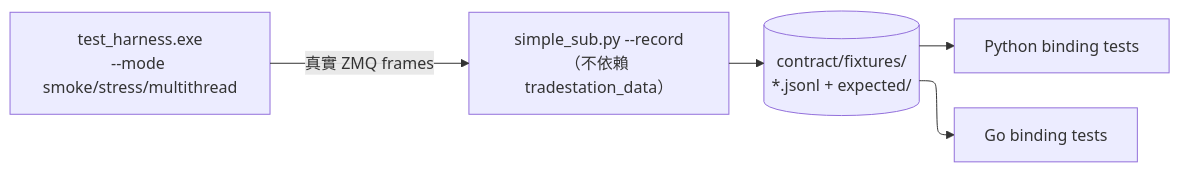
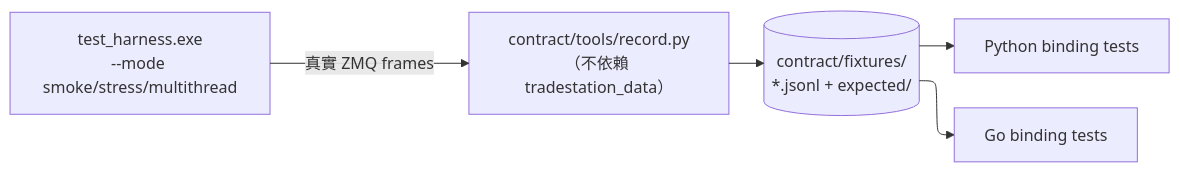
Before and after one commit to millerlai/tradestation-data-provider: the third of 4 diagrams in docs/architecture.md, drawn with Mermaid. The commit also changed other lines of this file and 62 other files, not shown here.

````diff
--- a/docs/architecture.md
+++ b/docs/architecture.md
@@ -437,17 +429,17 @@
 ```mermaid
 ---
 config:
   flowchart:
     defaultRenderer: elk
 ---
 flowchart LR
     TH["test_harness.exe<br/>--mode smoke/stress/multithread"]
-    REC["simple_sub.py --record<br/>（不依賴 tradestation_data）"]
+    REC["contract/tools/record.py<br/>（不依賴 tradestation_data）"]
     FIX[("contract/fixtures/<br/>*.jsonl + expected/")]
     PY["Python binding tests"]
     GO["Go binding tests"]
 
     TH -->|"真實 ZMQ frames"| REC --> FIX
     FIX --> PY
     FIX --> GO
 ```
````
